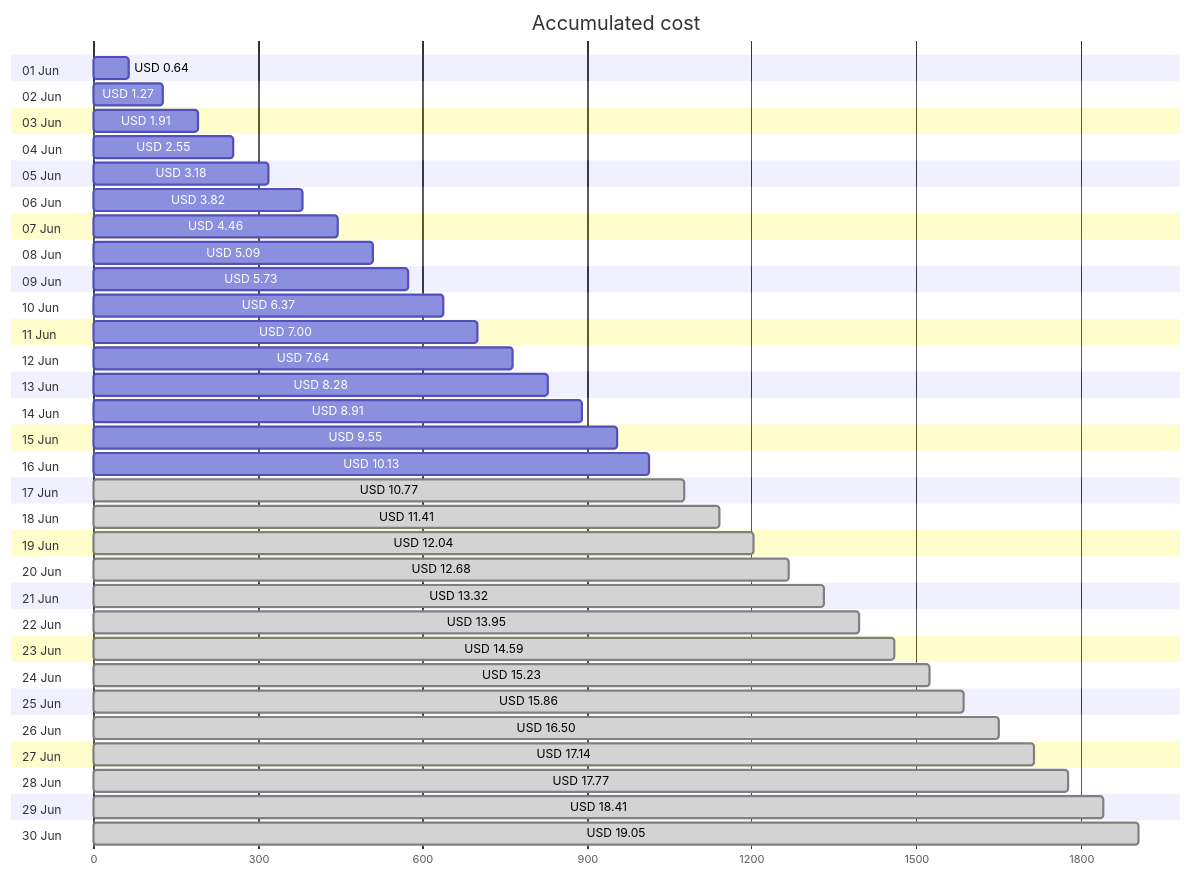
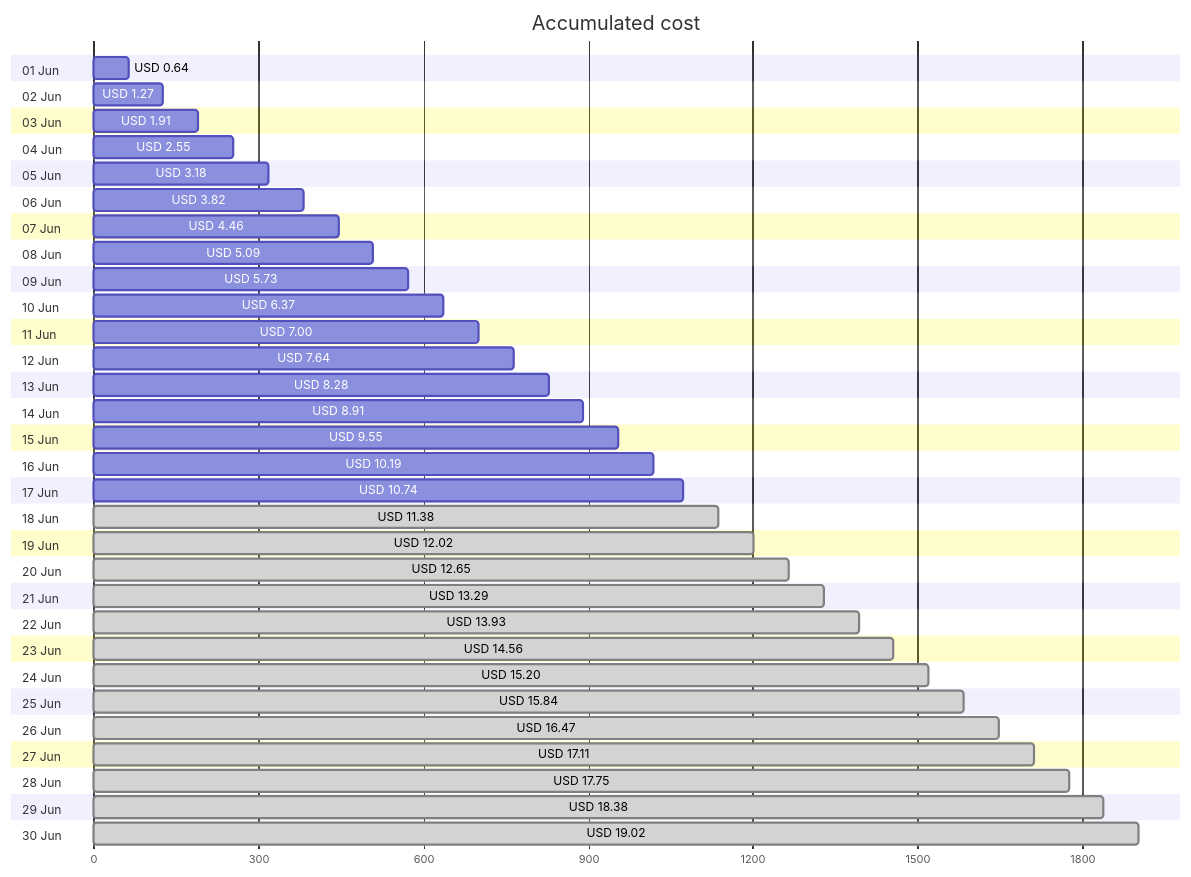
One commit to jpfulton/azure-personal-reports changed the first of 4 diagrams in cost-reports/accumulated-cost.md. Above: the diagram before and after it, drawn with Mermaid. The commit also changed other lines of this file and 4 other files, not shown here.

````diff
--- a/cost-reports/accumulated-cost.md
+++ b/cost-reports/accumulated-cost.md
@@ -20,66 +20,66 @@
 ```mermaid
 gantt
    title Accumulated cost
    dateFormat  X
    axisFormat %s
    section 01 Jun
    USD 0.64 :0, 64
    section 02 Jun
    USD 1.27 :0, 127
    section 03 Jun
    USD 1.91 :0, 191
    section 04 Jun
    USD 2.55 :0, 255
    section 05 Jun
    USD 3.18 :0, 318
    section 06 Jun
    USD 3.82 :0, 382
    section 07 Jun
    USD 4.46 :0, 446
    section 08 Jun
    USD 5.09 :0, 509
    section 09 Jun
    USD 5.73 :0, 573
    section 10 Jun
    USD 6.37 :0, 637
    section 11 Jun
    USD 7.00 :0, 700
    section 12 Jun
    USD 7.64 :0, 764
    section 13 Jun
    USD 8.28 :0, 828
    section 14 Jun
    USD 8.91 :0, 891
    section 15 Jun
    USD 9.55 :0, 955
    section 16 Jun
-   USD 10.13 :0, 1013
+   USD 10.19 :0, 1019
    section 17 Jun
-   USD 10.77 : done, 0, 1077
+   USD 10.74 :0, 1074
    section 18 Jun
-   USD 11.41 : done, 0, 1141
+   USD 11.38 : done, 0, 1138
    section 19 Jun
-   USD 12.04 : done, 0, 1204
+   USD 12.02 : done, 0, 1202
    section 20 Jun
-   USD 12.68 : done, 0, 1268
+   USD 12.65 : done, 0, 1265
    section 21 Jun
-   USD 13.32 : done, 0, 1332
+   USD 13.29 : done, 0, 1329
    section 22 Jun
-   USD 13.95 : done, 0, 1395
+   USD 13.93 : done, 0, 1393
    section 23 Jun
-   USD 14.59 : done, 0, 1459
+   USD 14.56 : done, 0, 1456
    section 24 Jun
-   USD 15.23 : done, 0, 1523
+   USD 15.20 : done, 0, 1520
    section 25 Jun
-   USD 15.86 : done, 0, 1586
+   USD 15.84 : done, 0, 1584
    section 26 Jun
-   USD 16.50 : done, 0, 1650
+   USD 16.47 : done, 0, 1647
    section 27 Jun
-   USD 17.14 : done, 0, 1714
+   USD 17.11 : done, 0, 1711
    section 28 Jun
-   USD 17.77 : done, 0, 1777
+   USD 17.75 : done, 0, 1775
    section 29 Jun
-   USD 18.41 : done, 0, 1841
+   USD 18.38 : done, 0, 1838
    section 30 Jun
-   USD 19.05 : done, 0, 1905
+   USD 19.02 : done, 0, 1902
 ```
````
